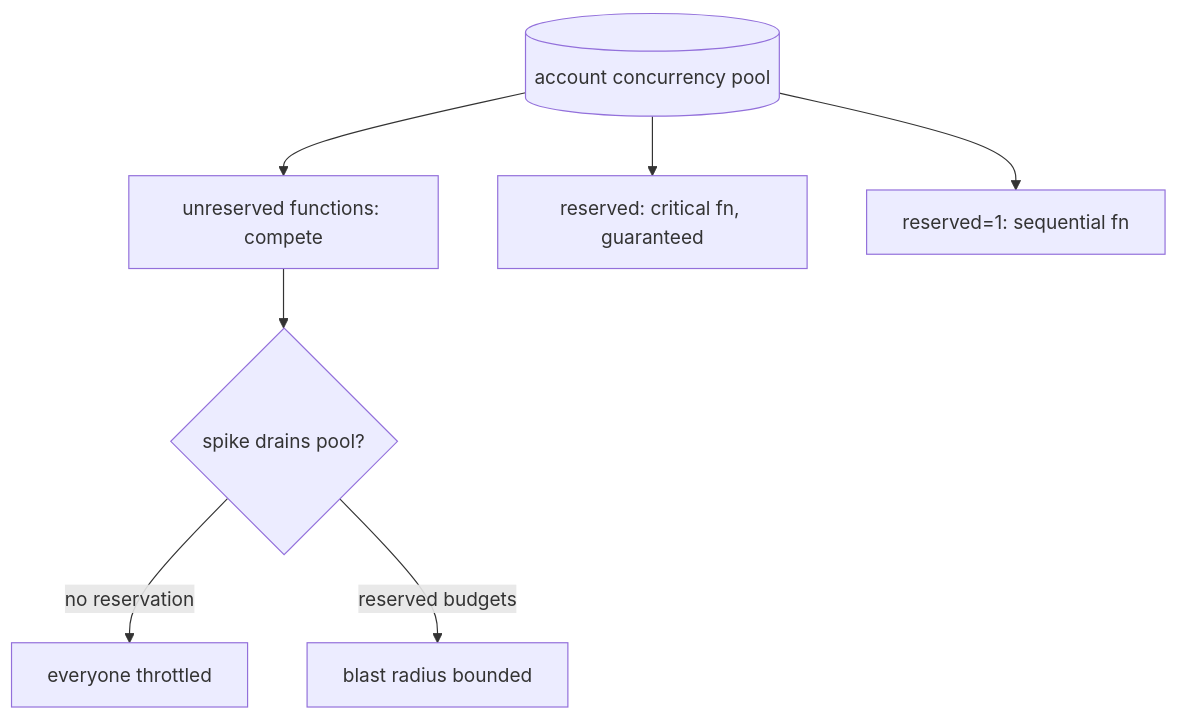
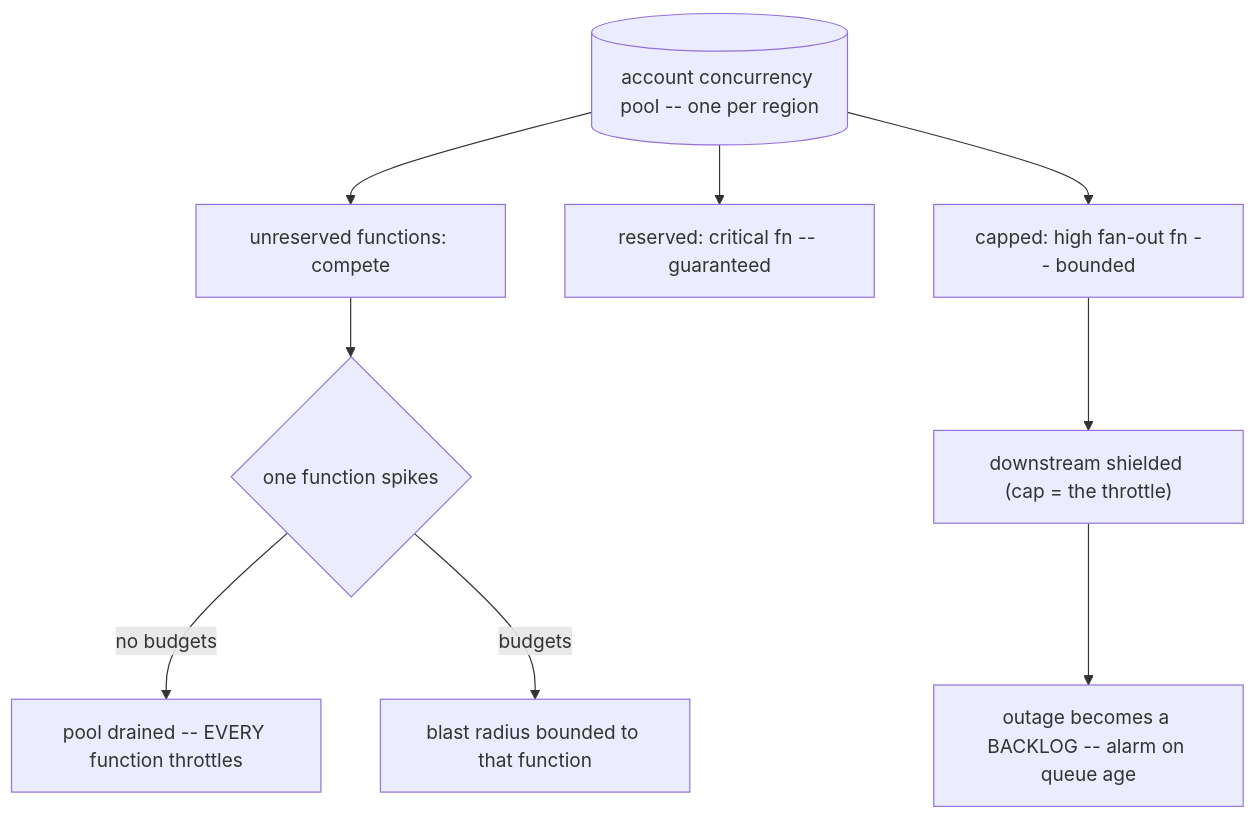
One commit to Sundeepg98/deepdive-rehearsal changed the diagram in src/topics-md/lambda-organization.md. Above: the diagram before and after it, drawn with Mermaid. The commit also changed other lines of this file and 41 other files, not shown here.

````diff
--- a/src/topics-md/lambda-organization.md
+++ b/src/topics-md/lambda-organization.md
@@ -246,9 +574,11 @@
 ```mermaid
 flowchart TD
-  P[("account concurrency pool")] --> U["unreserved functions: compete"]
-  P --> R1["reserved: critical fn, guaranteed"]
-  P --> R2["reserved=1: sequential fn"]
-  U --> D{"spike drains pool?"}
-  D -- "no reservation" --> T["everyone throttled"]
-  D -- "reserved budgets" --> S["blast radius bounded"]
+  P[("account concurrency pool -- one per region")] --> U["unreserved functions: compete"]
+  P --> R1["reserved: critical fn -- guaranteed"]
+  P --> R2["capped: high fan-out fn -- bounded"]
+  U --> D{"one function spikes"}
+  D -- "no budgets" --> T["pool drained -- EVERY function throttles"]
+  D -- "budgets" --> S["blast radius bounded to that function"]
+  R2 --> W["downstream shielded (cap = the throttle)"]
+  W --> B["outage becomes a BACKLOG -- alarm on queue age"]
 ```
````
